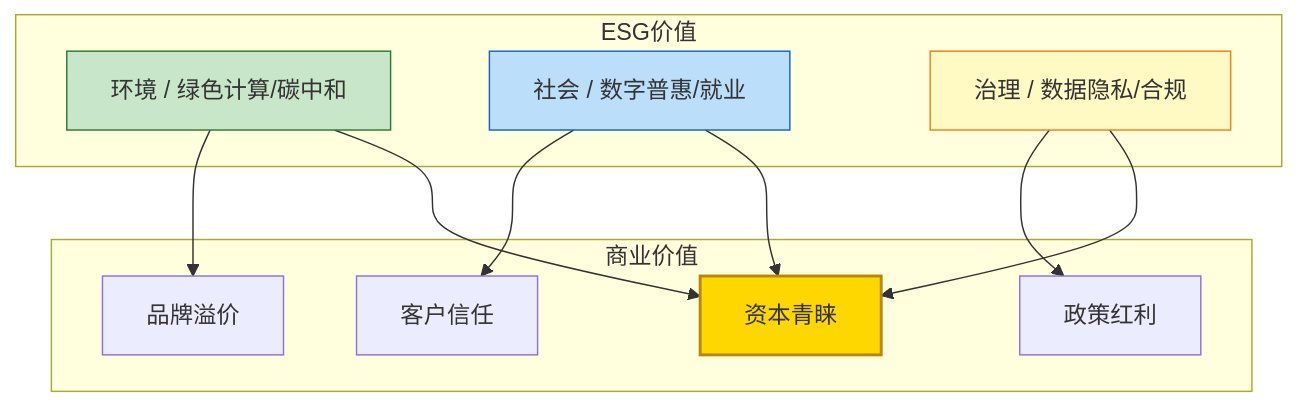
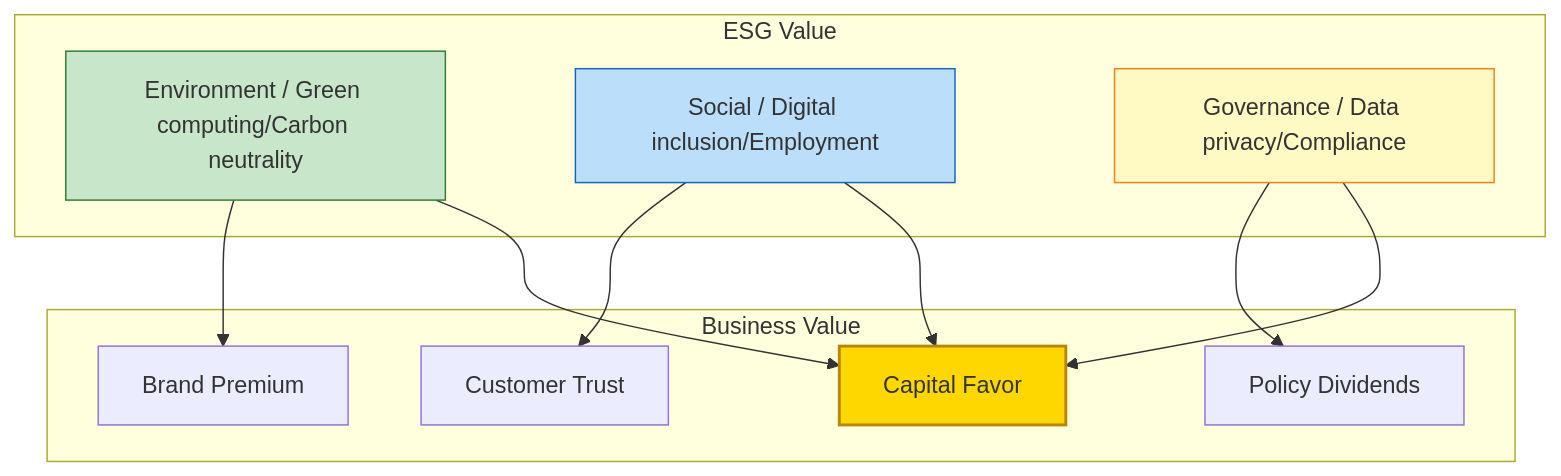
Before and after one commit to Kirky-X/cangjie: diagram 15 of 15 in templates/【模板】商业模式文档.md, drawn with Mermaid. The commit also changed other lines of this file and 60 other files, not shown here.

````diff
--- a/templates/【模板】商业模式文档.md
+++ b/templates/【模板】商业模式文档.md
@@ -602,27 +602,27 @@
 ```mermaid
 graph TB
-    subgraph ESG价值
-        E[环境 / 绿色计算/碳中和]
-        S[社会 / 数字普惠/就业]
-        G[治理 / 数据隐私/合规]
+    subgraph ESG Value
+        E[Environment / Green computing/Carbon neutrality]
+        S[Social / Digital inclusion/Employment]
+        G[Governance / Data privacy/Compliance]
     end
 
-    subgraph 商业价值
-        B1[品牌溢价]
-        B2[客户信任]
-        B3[政策红利]
-        B4[资本青睐]
+    subgraph Business Value
+        B1[Brand Premium]
+        B2[Customer Trust]
+        B3[Policy Dividends]
+        B4[Capital Favor]
     end
 
     E --> B1
     S --> B2
     G --> B3
     E --> B4
     S --> B4
     G --> B4
 
     style E fill:#c8e6c9,stroke:#2e7d32
     style S fill:#bbdefb,stroke:#1565c0
     style G fill:#fff9c4,stroke:#f57f17
     style B4 fill:#ffd700,stroke:#b8860b,stroke-width:2px
 ```
````
